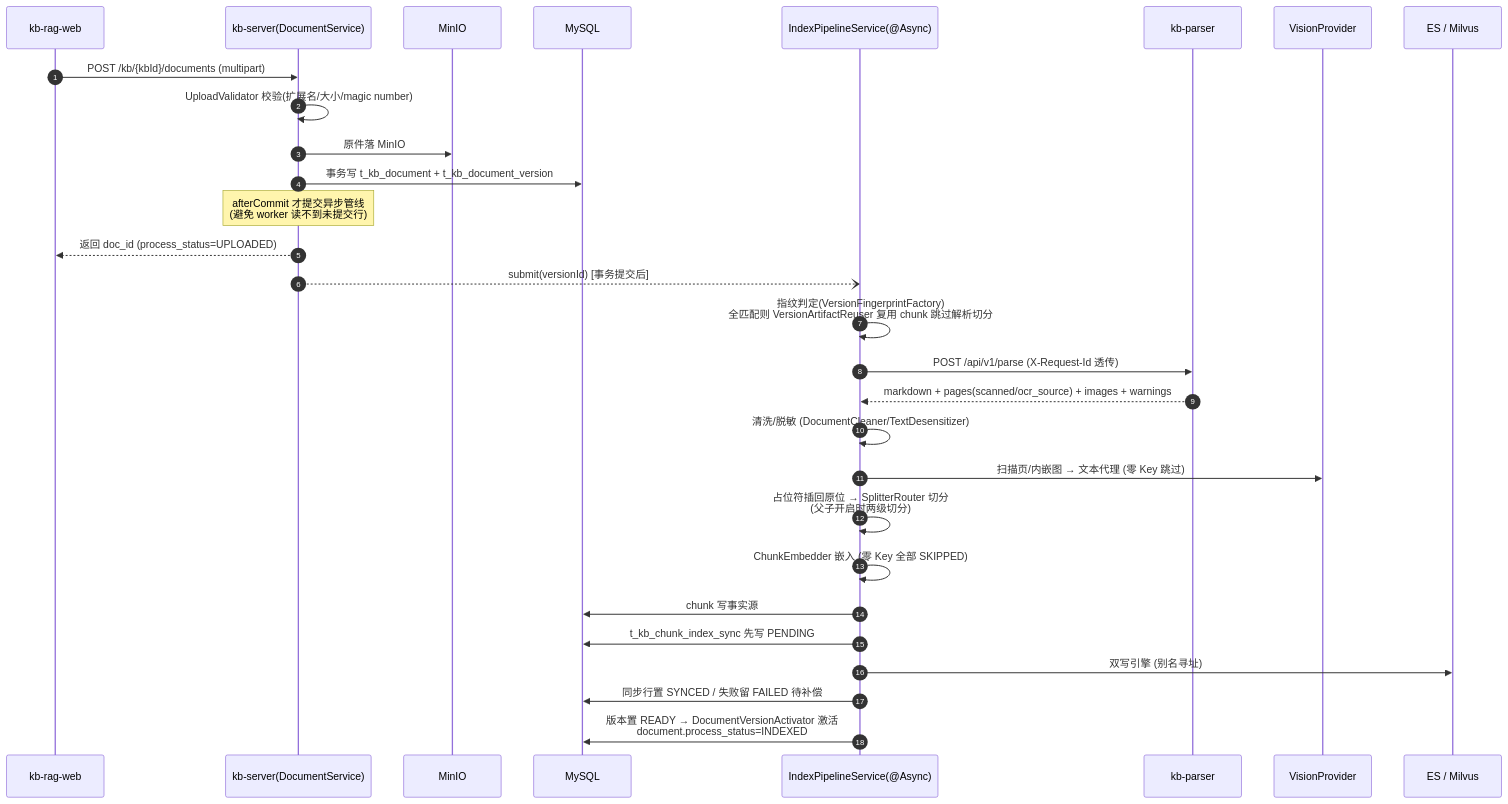
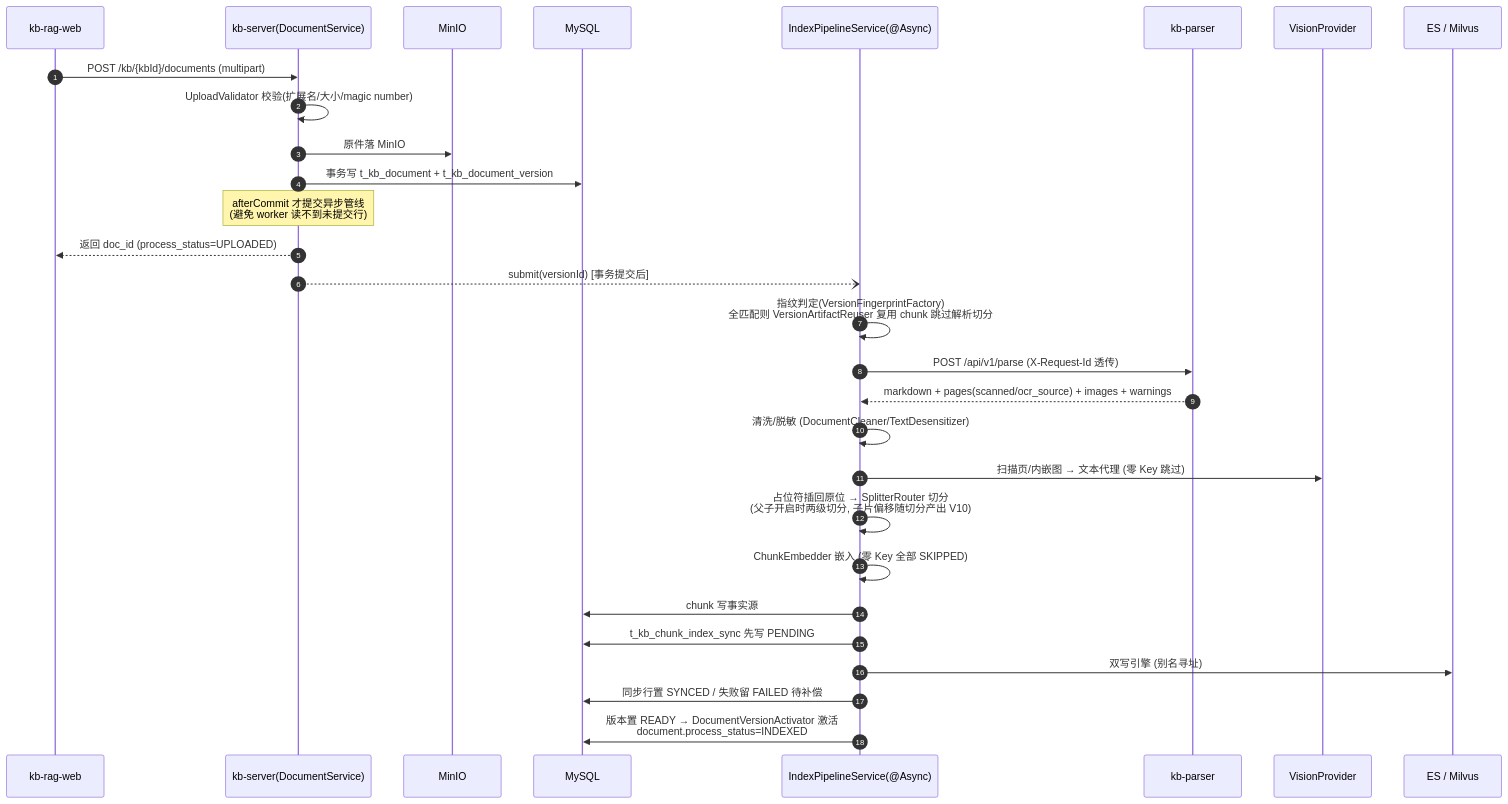
The first of 14 diagrams in docs/FLOWS.md (liulangjietou/kb-rag), drawn with Mermaid before and after one commit. The commit also changed other lines of this file and 1 other file, not shown here.

First line of the commit message:
docs: 架构文档与流程图基线升级到 M9（v1.1） (#24)

````diff
--- a/docs/FLOWS.md
+++ b/docs/FLOWS.md
@@ -15,32 +15,32 @@
 ```mermaid
 sequenceDiagram
     autonumber
     participant W as kb-rag-web
     participant S as kb-server(DocumentService)
     participant M as MinIO
     participant DB as MySQL
     participant P as IndexPipelineService(@Async)
     participant PA as kb-parser
     participant V as VisionProvider
     participant E as ES / Milvus
 
     W->>S: POST /kb/{kbId}/documents (multipart)
     S->>S: UploadValidator 校验(扩展名/大小/magic number)
     S->>M: 原件落 MinIO
     S->>DB: 事务写 t_kb_document + t_kb_document_version
     Note over S: afterCommit 才提交异步管线<br/>(避免 worker 读不到未提交行)
     S-->>W: 返回 doc_id (process_status=UPLOADED)
     S--)P: submit(versionId) [事务提交后]
     P->>P: 指纹判定(VersionFingerprintFactory)<br/>全匹配则 VersionArtifactReuser 复用 chunk 跳过解析切分
     P->>PA: POST /api/v1/parse (X-Request-Id 透传)
     PA-->>P: markdown + pages(scanned/ocr_source) + images + warnings
     P->>P: 清洗/脱敏 (DocumentCleaner/TextDesensitizer)
     P->>V: 扫描页/内嵌图 → 文本代理 (零 Key 跳过)
-    P->>P: 占位符插回原位 → SplitterRouter 切分<br/>(父子开启时两级切分)
+    P->>P: 占位符插回原位 → SplitterRouter 切分<br/>(父子开启时两级切分, 子片偏移随切分产出 V10)
     P->>P: ChunkEmbedder 嵌入 (零 Key 全部 SKIPPED)
     P->>DB: chunk 写事实源
     P->>DB: t_kb_chunk_index_sync 先写 PENDING
     P->>E: 双写引擎 (别名寻址)
     P->>DB: 同步行置 SYNCED / 失败留 FAILED 待补偿
     P->>DB: 版本置 READY → DocumentVersionActivator 激活<br/>document.process_status=INDEXED
 ```
````
